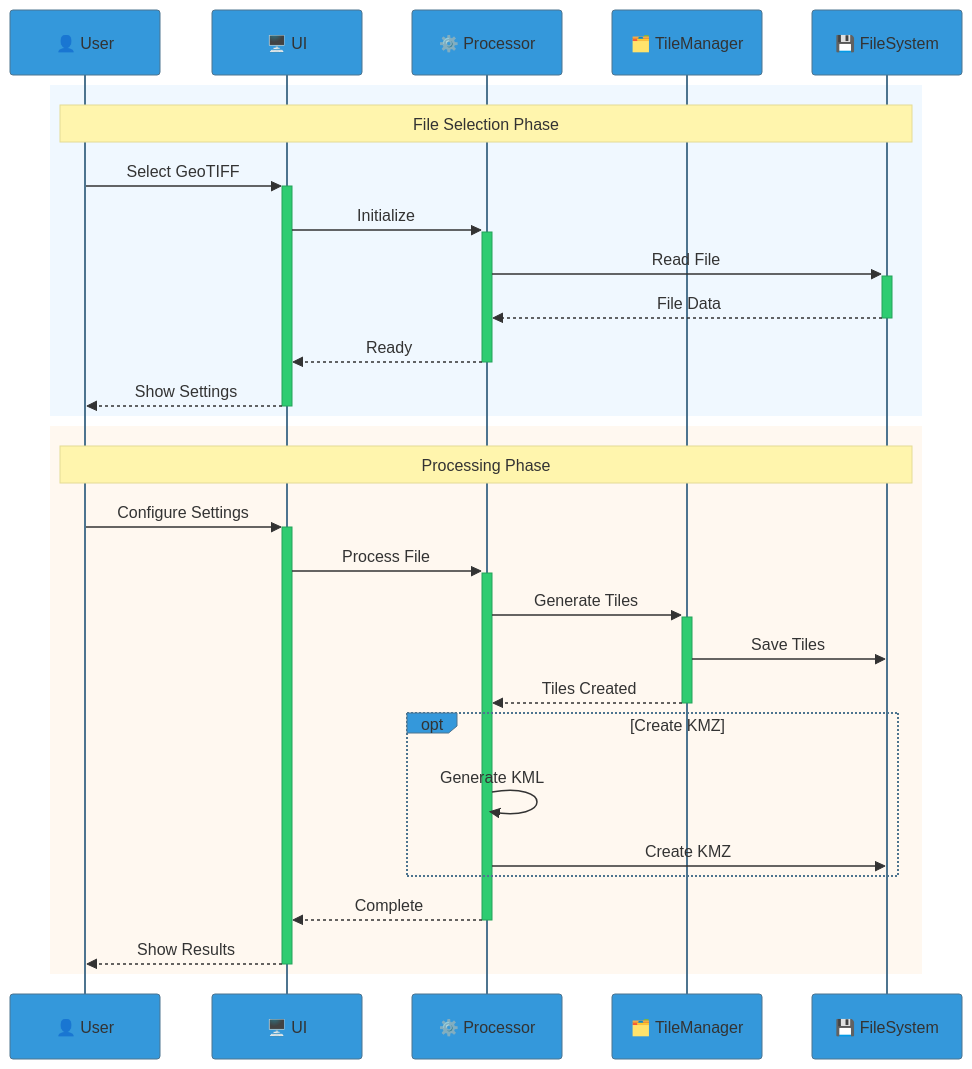
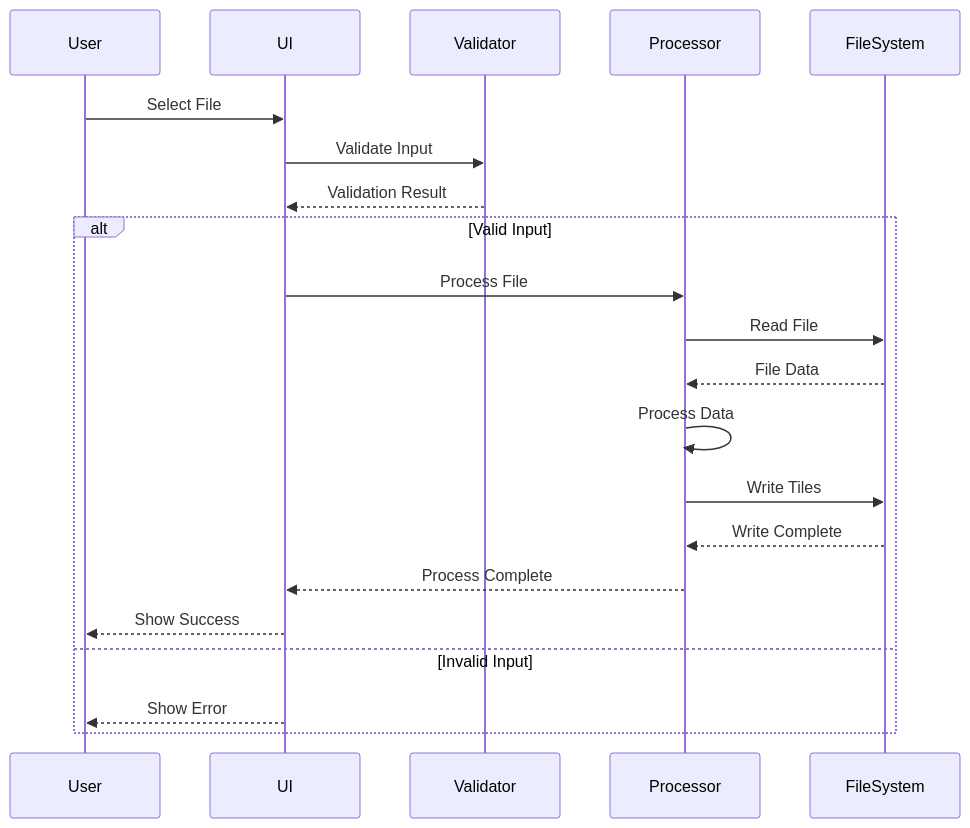
One commit to angel7544/geoTiff_Ref_2_KMZ_overlay changed the third of 8 diagrams in Documentation.md. Above: the diagram before and after it, drawn with Mermaid. The commit also changed other lines of this file and 3 other files, not shown here.

````diff
--- a/Documentation.md
+++ b/Documentation.md
@@ -334,36 +65,25 @@
 ```mermaid
-%%{init: {'theme': 'base', 'themeVariables': { 'primaryColor': '#3498db', 'secondaryColor': '#2ecc71', 'tertiaryColor': '#e74c3c'}}}%%
 sequenceDiagram
-    participant U as 👤 User
-    participant UI as 🖥️ UI
-    participant P as ⚙️ Processor
-    participant T as 🗂️ TileManager
-    participant F as 💾 FileSystem
-
-    rect rgb(240, 248, 255)
-        Note over U,F: File Selection Phase
-        U->>+UI: Select GeoTIFF
-        UI->>+P: Initialize
-        P->>+F: Read File
-        F-->>-P: File Data
-        P-->>-UI: Ready
-        UI-->>-U: Show Settings
-    end
-
-    rect rgb(255, 248, 240)
-        Note over U,F: Processing Phase
-        U->>+UI: Configure Settings
-        UI->>+P: Process File
-        P->>+T: Generate Tiles
-        T->>F: Save Tiles
-        T-->>-P: Tiles Created
-        
-        opt Create KMZ
-            P->>P: Generate KML
-            P->>F: Create KMZ
-        end
-        
-        P-->>-UI: Complete
-        UI-->>-U: Show Results
+    participant User
+    participant UI
+    participant Validator
+    participant Processor
+    participant FileSystem
+    
+    User->>UI: Select File
+    UI->>Validator: Validate Input
+    Validator-->>UI: Validation Result
+    
+    alt Valid Input
+        UI->>Processor: Process File
+        Processor->>FileSystem: Read File
+        FileSystem-->>Processor: File Data
+        Processor->>Processor: Process Data
+        Processor->>FileSystem: Write Tiles
+        FileSystem-->>Processor: Write Complete
+        Processor-->>UI: Process Complete
+        UI-->>User: Show Success
+    else Invalid Input
+        UI-->>User: Show Error
     end
 ```
````
